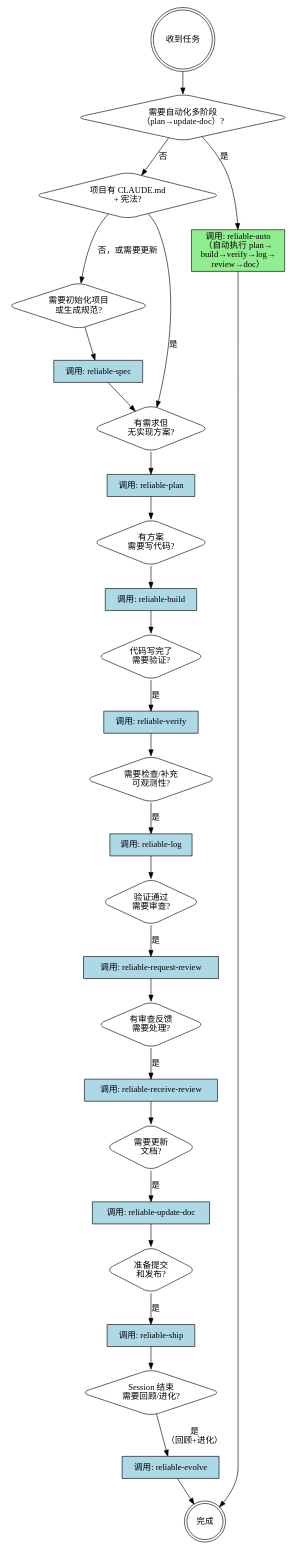
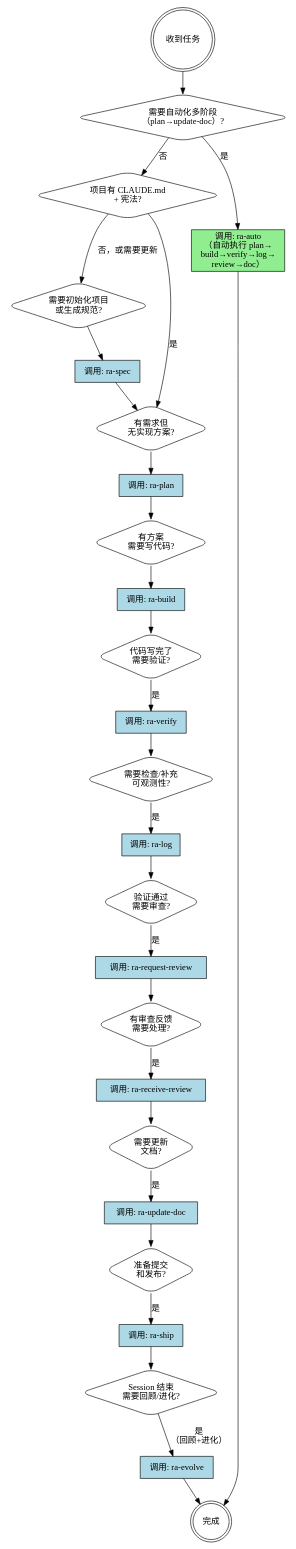
Before and after one commit to sueichen/reliable-agent: the diagram in skills/using-reliable-agent/SKILL.md, drawn with Graphviz. The commit also changed other lines of this file and 13 other files, not shown here.

````diff
--- a/skills/using-reliable-agent/SKILL.md
+++ b/skills/using-reliable-agent/SKILL.md
@@ -105,74 +105,74 @@
 ```dot
 digraph skill_flow {
     rankdir=TB;
     node [shape=box, style=rounded];
 
     start [label="收到任务", shape=doublecircle];
 
     need_auto [label="需要自动化多阶段\n（plan→update-doc）?", shape=diamond];
 
     has_claude_md [label="项目有 CLAUDE.md\n+ 宪法?", shape=diamond];
     need_spec [label="需要初始化项目\n或生成规范?", shape=diamond];
     need_plan [label="有需求但\n无实现方案?", shape=diamond];
     need_build [label="有方案\n需要写代码?", shape=diamond];
     need_verify [label="代码写完了\n需要验证?", shape=diamond];
     need_log [label="需要检查/补充\n可观测性?", shape=diamond];
     need_review [label="验证通过\n需要审查?", shape=diamond];
     has_review [label="有审查反馈\n需要处理?", shape=diamond];
     need_evolve [label="Session 结束\n需要回顾/进化?", shape=diamond];
     need_doc [label="需要更新\n文档?", shape=diamond];
     need_ship [label="准备提交\n和发布?", shape=diamond];
 
-    spec_call [label="调用: reliable-spec", shape=box style=filled fillcolor=lightblue];
-    plan_call [label="调用: reliable-plan", shape=box style=filled fillcolor=lightblue];
-    auto_call [label="调用: reliable-auto\n（自动执行 plan→\nbuild→verify→log→\nreview→doc）", shape=box style=filled fillcolor=lightgreen];
-    build_call [label="调用: reliable-build", shape=box style=filled fillcolor=lightblue];
-    verify_call [label="调用: reliable-verify", shape=box style=filled fillcolor=lightblue];
-    log_call [label="调用: reliable-log", shape=box style=filled fillcolor=lightblue];
-    review_call [label="调用: reliable-request-review", shape=box style=filled fillcolor=lightblue];
-    receive_call [label="调用: reliable-receive-review", shape=box style=filled fillcolor=lightblue];
-    evolve_call [label="调用: reliable-evolve", shape=box style=filled fillcolor=lightblue];
-    doc_call [label="调用: reliable-update-doc", shape=box style=filled fillcolor=lightblue];
-    ship_call [label="调用: reliable-ship", shape=box style=filled fillcolor=lightblue];
+    spec_call [label="调用: ra-spec", shape=box style=filled fillcolor=lightblue];
+    plan_call [label="调用: ra-plan", shape=box style=filled fillcolor=lightblue];
+    auto_call [label="调用: ra-auto\n（自动执行 plan→\nbuild→verify→log→\nreview→doc）", shape=box style=filled fillcolor=lightgreen];
+    build_call [label="调用: ra-build", shape=box style=filled fillcolor=lightblue];
+    verify_call [label="调用: ra-verify", shape=box style=filled fillcolor=lightblue];
+    log_call [label="调用: ra-log", shape=box style=filled fillcolor=lightblue];
+    review_call [label="调用: ra-request-review", shape=box style=filled fillcolor=lightblue];
+    receive_call [label="调用: ra-receive-review", shape=box style=filled fillcolor=lightblue];
+    evolve_call [label="调用: ra-evolve", shape=box style=filled fillcolor=lightblue];
+    doc_call [label="调用: ra-update-doc", shape=box style=filled fillcolor=lightblue];
+    ship_call [label="调用: ra-ship", shape=box style=filled fillcolor=lightblue];
 
     done [label="完成", shape=doublecircle];
 
     start -> need_auto;
     need_auto -> auto_call [label="是"];
     auto_call -> done;
     need_auto -> has_claude_md [label="否"];
 
     has_claude_md -> need_spec [label="否，或需要更新"];
     has_claude_md -> need_plan [label="是"];
     
     need_spec -> spec_call;
     spec_call -> need_plan;
     
     need_plan -> plan_call;
     plan_call -> need_build;
     
     need_build -> build_call;
     build_call -> need_verify;
     
     need_verify -> verify_call [label="是"];
     verify_call -> need_log;
     
     need_log -> log_call [label="是"];
     log_call -> need_review;
     
     need_review -> review_call [label="是"];
     review_call -> has_review;
     
     has_review -> receive_call [label="是"];
     receive_call -> need_doc;
     
     need_doc -> doc_call [label="是"];
     doc_call -> need_ship;
     
     need_ship -> ship_call [label="是"];
     ship_call -> need_evolve;
     
     need_evolve -> evolve_call [label="是\n（回顾+进化）"];
     evolve_call -> done;
 }
 ```
````
